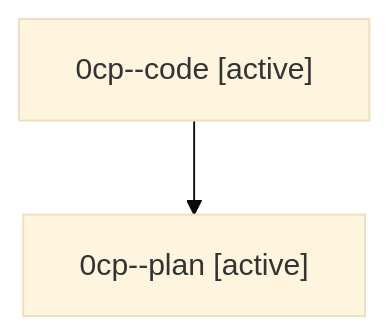
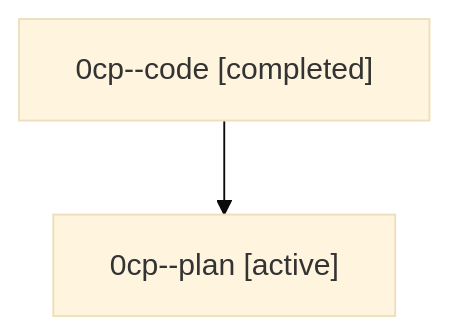
The diagram in families/bbugyi200.athena.0cp.md (sase-org/sase--agents), drawn with Mermaid (base theme) before and after one commit. The commit also changed other lines of this file and 35830 other files, not shown here.

````diff
--- a/families/bbugyi200.athena.0cp.md
+++ b/families/bbugyi200.athena.0cp.md
@@ -9,6 +9,6 @@
 ```mermaid
 flowchart TD
-  n0["0cp--code [active]"]
+  n0["0cp--code [completed]"]
   n1["0cp--plan [active]"]
   n0 --> n1
 ```
````
